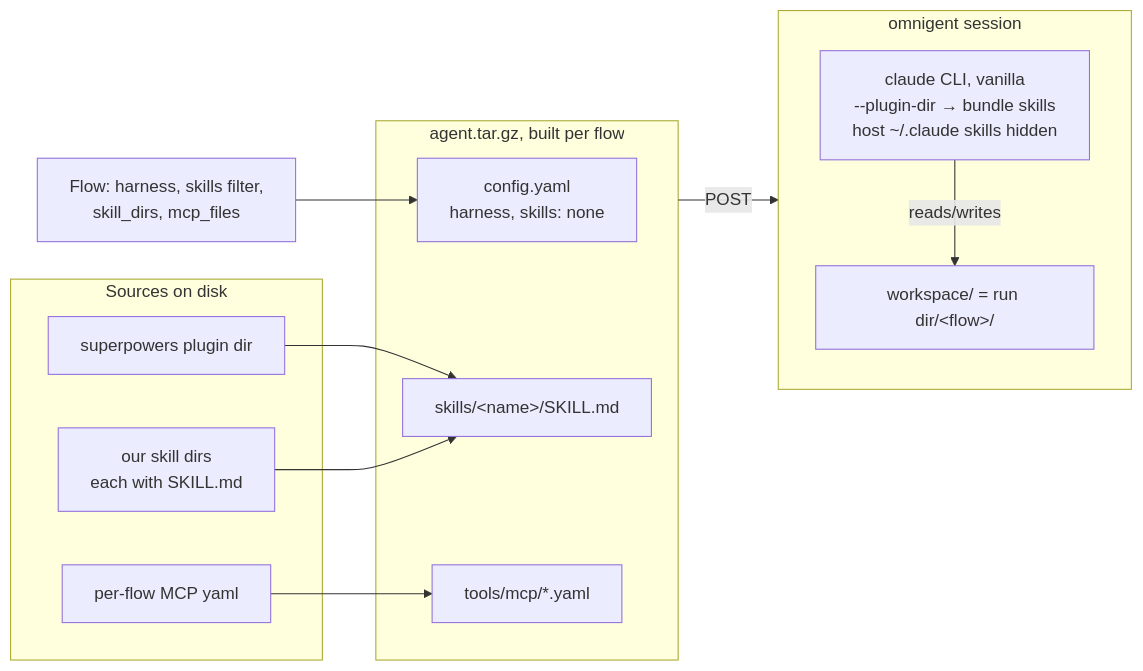
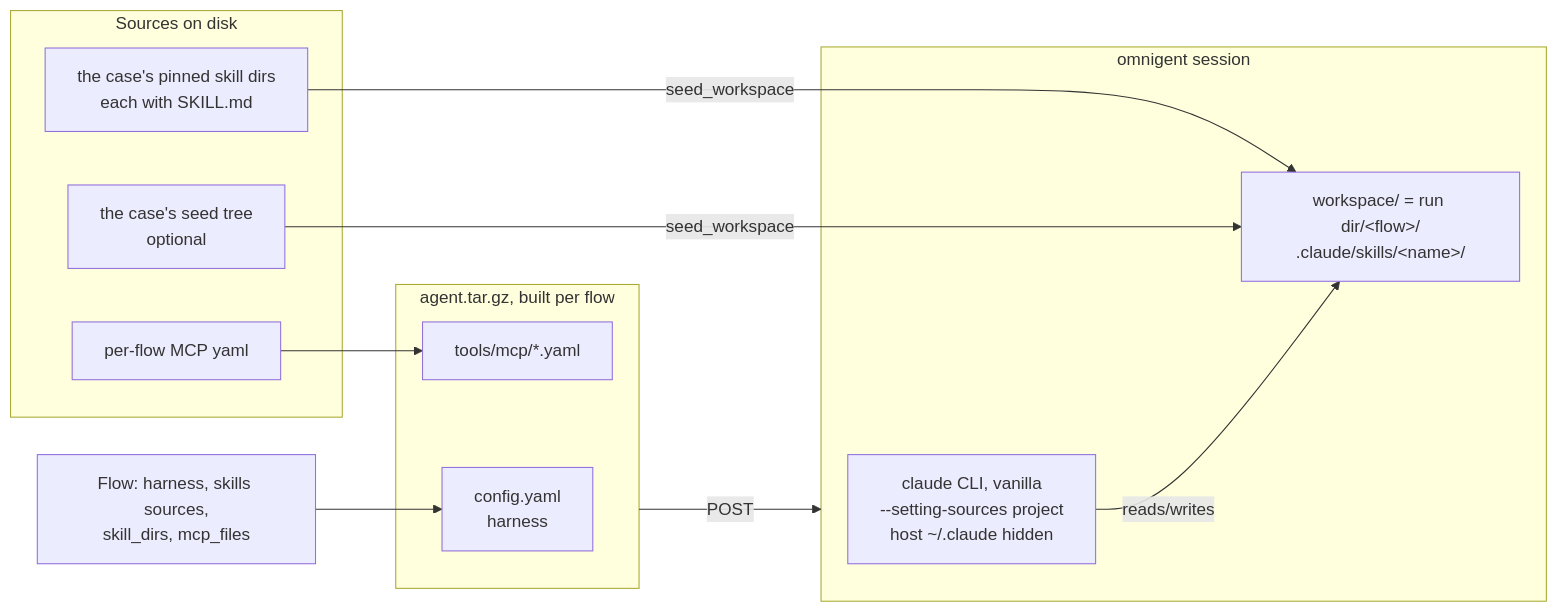
One commit to kzarzycki/flowbench changed the diagram in docs/design/runner.md. Above: the diagram before and after it, drawn with Mermaid. The commit also changed other lines of this file and 2 other files, not shown here.

First line of the commit message:
docs: skills live in the workspace, seeded, not in the bundle (#157)

````diff
--- a/docs/design/runner.md
+++ b/docs/design/runner.md
@@ -57,23 +77,22 @@
 ```mermaid
 flowchart LR
   subgraph src[Sources on disk]
-    sp[superpowers plugin dir]
-    own[our skill dirs<br/>each with SKILL.md]
+    own[the case's pinned skill dirs<br/>each with SKILL.md]
+    seed[the case's seed tree<br/>optional]
     mcp[per-flow MCP yaml]
   end
-  f[Flow: harness, skills filter,<br/>skill_dirs, mcp_files]
+  f[Flow: harness, skills sources,<br/>skill_dirs, mcp_files]
   subgraph bundle[agent.tar.gz, built per flow]
-    cfg[config.yaml<br/>harness, skills: none]
-    sk[skills/&lt;name&gt;/SKILL.md]
+    cfg[config.yaml<br/>harness]
     tm[tools/mcp/*.yaml]
   end
   subgraph sess[omnigent session]
-    cli[claude CLI, vanilla<br/>--plugin-dir → bundle skills<br/>host ~/.claude skills hidden]
-    ws[workspace/ = run dir/&lt;flow&gt;/]
+    cli[claude CLI, vanilla<br/>--setting-sources project<br/>host ~/.claude hidden]
+    ws[workspace/ = run dir/&lt;flow&gt;/<br/>.claude/skills/&lt;name&gt;/]
   end
-  sp & own --> sk
+  own & seed -- seed_workspace --> ws
   mcp --> tm
   f --> cfg
   bundle -- POST --> sess
   cli -- reads/writes --> ws
 ```
````
